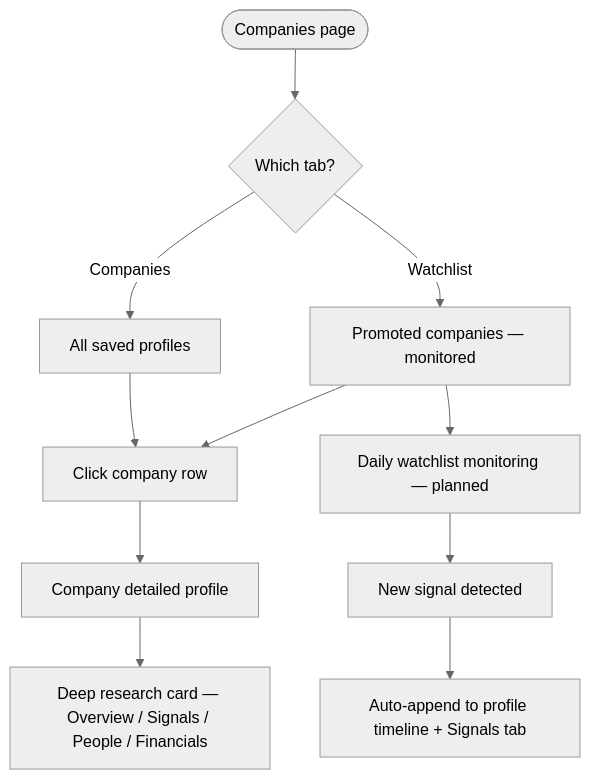
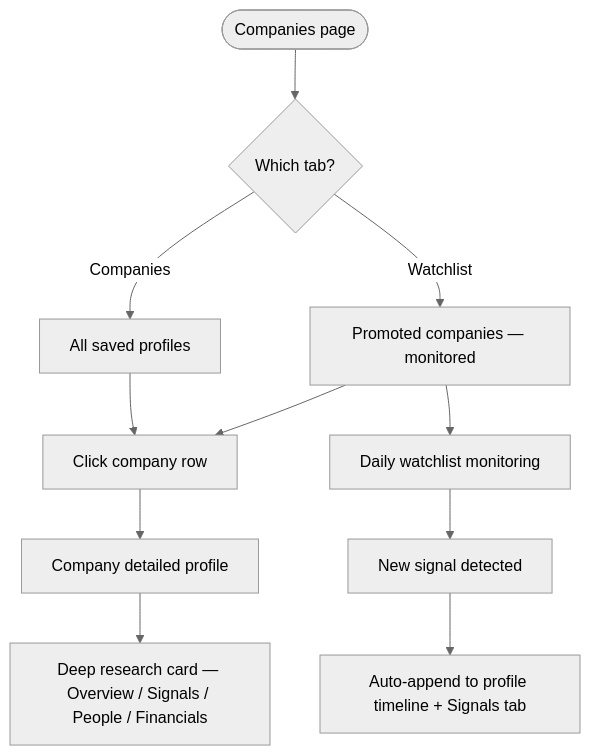
One commit to Growth-Maschine/NORAD-INTEL-ENGINE-V1 changed the sixth of 8 diagrams in docs/phase-1/P1-01-user.md. Above: the diagram before and after it, drawn with Mermaid (neutral theme). The commit also changed other lines of this file and 9 other files, not shown here.

````diff
--- a/docs/phase-1/P1-01-user.md
+++ b/docs/phase-1/P1-01-user.md
@@ -846,15 +845,15 @@
 ```mermaid
 flowchart TD
     LIST([Companies page]) --> TABS{Which tab?}
     TABS -->|Watchlist| WL[Promoted companies — monitored]
     TABS -->|Companies| ALL[All saved profiles]
 
     WL --> CLICK[Click company row]
     ALL --> CLICK
     CLICK --> PROFILE[Company detailed profile]
 
     PROFILE --> DR[Deep research card — Overview / Signals / People / Financials]
-    WL --> MON[Daily watchlist monitoring — planned]
+    WL --> MON[Daily watchlist monitoring]
     MON --> NEW[New signal detected]
     NEW --> APPEND[Auto-append to profile timeline + Signals tab]
 ```
````
